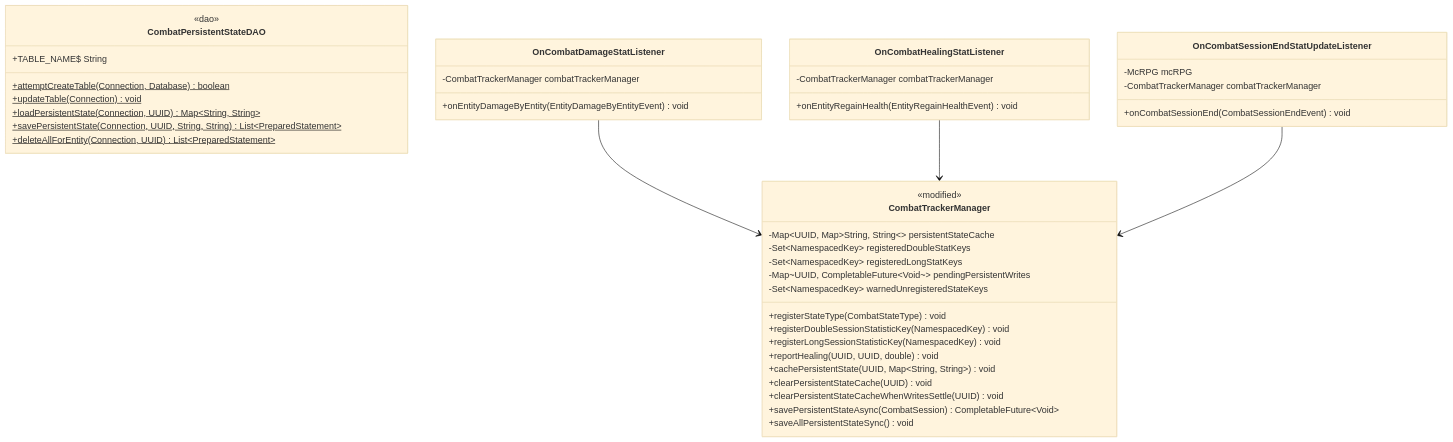
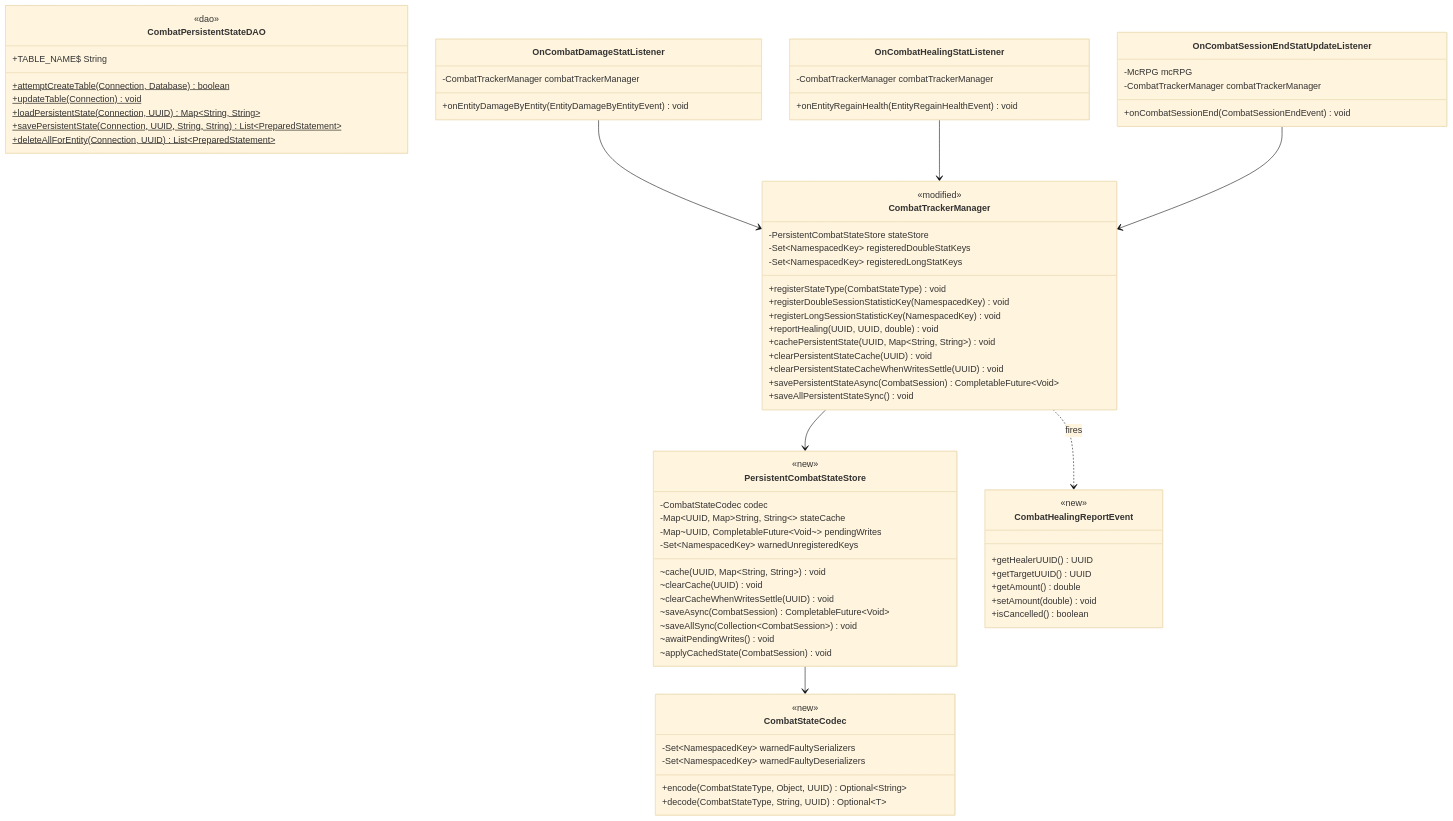
The sixth of 6 diagrams in docs/lld/combat-tracker/phase-2-combat-state-and-statistics-platform.md (DiamondDagger590/McRPG), drawn with Mermaid (base theme) before and after one commit. The commit also changed other lines of this file and 20 other files, not shown here.

```diff
--- a/docs/lld/combat-tracker/phase-2-combat-state-and-statistics-platform.md
+++ b/docs/lld/combat-tracker/phase-2-combat-state-and-statistics-platform.md
@@ -312,11 +312,9 @@
 
     class CombatTrackerManager {
         <<modified>>
-        -Map~UUID, Map~String, String~~ persistentStateCache
+        -PersistentCombatStateStore stateStore
         -Set~NamespacedKey~ registeredDoubleStatKeys
         -Set~NamespacedKey~ registeredLongStatKeys
-        -Map~UUID, CompletableFuture~Void~~ pendingPersistentWrites
-        -Set~NamespacedKey~ warnedUnregisteredStateKeys
         +registerStateType(CombatStateType) void
         +registerDoubleSessionStatisticKey(NamespacedKey) void
         +registerLongSessionStatisticKey(NamespacedKey) void
@@ -328,6 +326,42 @@
         +saveAllPersistentStateSync() void
     }
 
+    class PersistentCombatStateStore {
+        <<new>>
+        -CombatStateCodec codec
+        -Map~UUID, Map~String, String~~ stateCache
+        -Map~UUID, CompletableFuture~Void~~ pendingWrites
+        -Set~NamespacedKey~ warnedUnregisteredKeys
+        ~cache(UUID, Map~String, String~) void
+        ~clearCache(UUID) void
+        ~clearCacheWhenWritesSettle(UUID) void
+        ~saveAsync(CombatSession) CompletableFuture~Void~
+        ~saveAllSync(Collection~CombatSession~) void
+        ~awaitPendingWrites() void
+        ~applyCachedState(CombatSession) void
+    }
+
+    class CombatStateCodec {
+        <<new>>
+        -Set~NamespacedKey~ warnedFaultySerializers
+        -Set~NamespacedKey~ warnedFaultyDeserializers
+        +encode(CombatStateType, Object, UUID) Optional~String~
+        +decode(CombatStateType, String, UUID) Optional~T~
+    }
+
+    class CombatHealingReportEvent {
+        <<new>>
+        +getHealerUUID() UUID
+        +getTargetUUID() UUID
+        +getAmount() double
+        +setAmount(double) void
+        +isCancelled() boolean
+    }
+
+    CombatTrackerManager --> PersistentCombatStateStore
+    PersistentCombatStateStore --> CombatStateCodec
+    CombatTrackerManager ..> CombatHealingReportEvent : fires
+
     OnCombatDamageStatListener --> CombatTrackerManager
     OnCombatHealingStatListener --> CombatTrackerManager
     OnCombatSessionEndStatUpdateListener --> CombatTrackerManager
```
